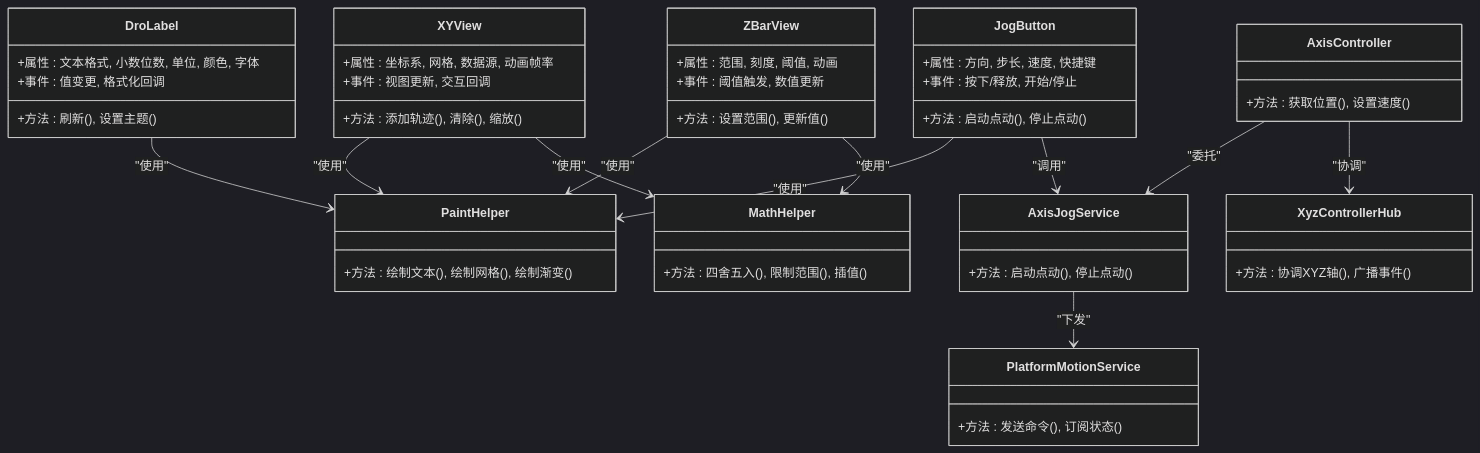
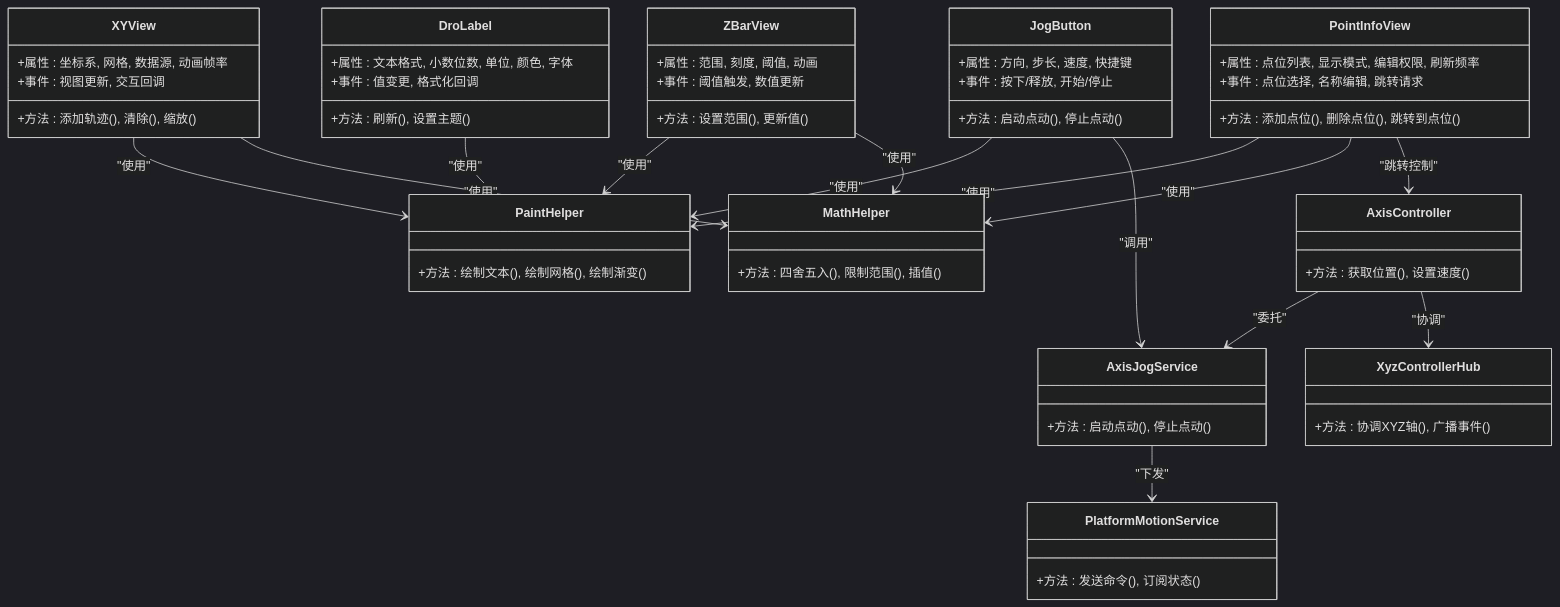
One commit to fuweiq94-cloud/339918076 changed the second of 8 diagrams in .qoder/repowiki/zh/content/UI控件库/UI控件库.md. Above: the diagram before and after it, drawn with Mermaid (dark theme). The commit also changed other lines of this file and 75 other files, not shown here.

````diff
--- a/.qoder/repowiki/zh/content/UI控件库/UI控件库.md
+++ b/.qoder/repowiki/zh/content/UI控件库/UI控件库.md
@@ -172,51 +185,59 @@
 ```mermaid
 classDiagram
 class DroLabel {
 +属性 : 文本格式, 小数位数, 单位, 颜色, 字体
 +事件 : 值变更, 格式化回调
 +方法 : 刷新(), 设置主题()
 }
 class JogButton {
 +属性 : 方向, 步长, 速度, 快捷键
 +事件 : 按下/释放, 开始/停止
 +方法 : 启动点动(), 停止点动()
 }
 class XYView {
 +属性 : 坐标系, 网格, 数据源, 动画帧率
 +事件 : 视图更新, 交互回调
 +方法 : 添加轨迹(), 清除(), 缩放()
 }
 class ZBarView {
 +属性 : 范围, 刻度, 阈值, 动画
 +事件 : 阈值触发, 数值更新
 +方法 : 设置范围(), 更新值()
+}
+class PointInfoView {
++属性 : 点位列表, 显示模式, 编辑权限, 刷新频率
++事件 : 点位选择, 名称编辑, 跳转请求
++方法 : 添加点位(), 删除点位(), 跳转到点位()
 }
 class MathHelper {
 +方法 : 四舍五入(), 限制范围(), 插值()
 }
 class PaintHelper {
 +方法 : 绘制文本(), 绘制网格(), 绘制渐变()
 }
 class AxisController {
 +方法 : 获取位置(), 设置速度()
 }
 class AxisJogService {
 +方法 : 启动点动(), 停止点动()
 }
 class PlatformMotionService {
 +方法 : 发送命令(), 订阅状态()
 }
 class XyzControllerHub {
 +方法 : 协调XYZ轴(), 广播事件()
 }
 DroLabel --> PaintHelper : "使用"
 JogButton --> PaintHelper : "使用"
 XYView --> PaintHelper : "使用"
 ZBarView --> PaintHelper : "使用"
+PointInfoView --> PaintHelper : "使用"
 XYView --> MathHelper : "使用"
 ZBarView --> MathHelper : "使用"
+PointInfoView --> MathHelper : "使用"
 JogButton --> AxisJogService : "调用"
 AxisController --> AxisJogService : "委托"
 AxisJogService --> PlatformMotionService : "下发"
 AxisController --> XyzControllerHub : "协调"
+PointInfoView --> AxisController : "跳转控制"
 ```
````
